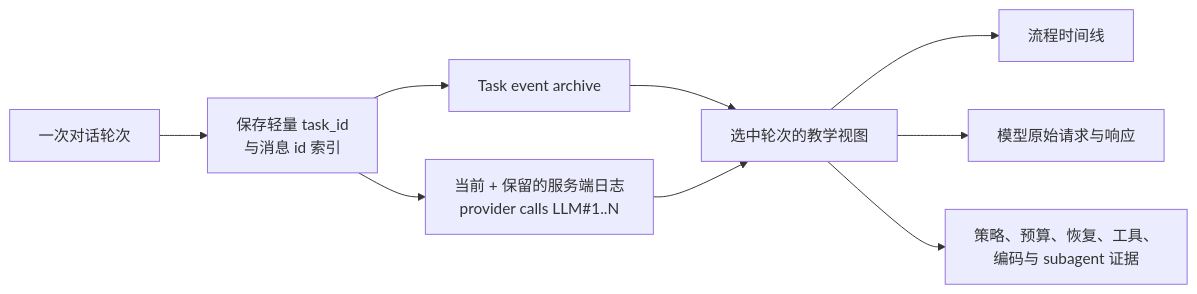
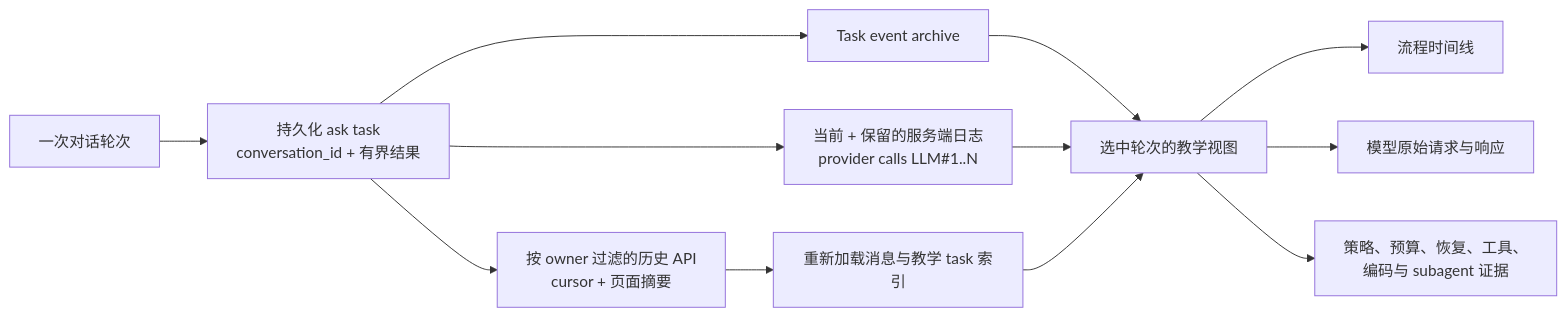
One commit to MatrixCoreX/RustClaw changed the third of 3 diagrams in docs/architecture/04-coding-observability.zh-CN.md. Above: the diagram before and after it, drawn with Mermaid. The commit also changed other lines of this file and 332 other files, not shown here.

````diff
--- a/docs/architecture/04-coding-observability.zh-CN.md
+++ b/docs/architecture/04-coding-observability.zh-CN.md
@@ -60,11 +60,14 @@
 ```mermaid
 flowchart LR
-    A[一次对话轮次] --> B[保存轻量 task_id<br/>与消息 id 索引]
-    B --> C[Task event archive]
-    B --> D[当前 + 保留的服务端日志<br/>provider calls LLM#1..N]
-    C --> E[选中轮次的教学视图]
-    D --> E
-    E --> F[流程时间线]
-    E --> G[模型原始请求与响应]
-    E --> H[策略、预算、恢复、工具、<br/>编码与 subagent 证据]
+    A[一次对话轮次] --> B[持久化 ask task<br/>conversation_id + 有界结果]
+    B --> C[按 owner 过滤的历史 API<br/>cursor + 页面摘要]
+    B --> D[Task event archive]
+    B --> E[当前 + 保留的服务端日志<br/>provider calls LLM#1..N]
+    C --> F[重新加载消息与教学 task 索引]
+    D --> G[选中轮次的教学视图]
+    E --> G
+    F --> G
+    G --> H[流程时间线]
+    G --> I[模型原始请求与响应]
+    G --> J[策略、预算、恢复、工具、<br/>编码与 subagent 证据]
 ```
````
